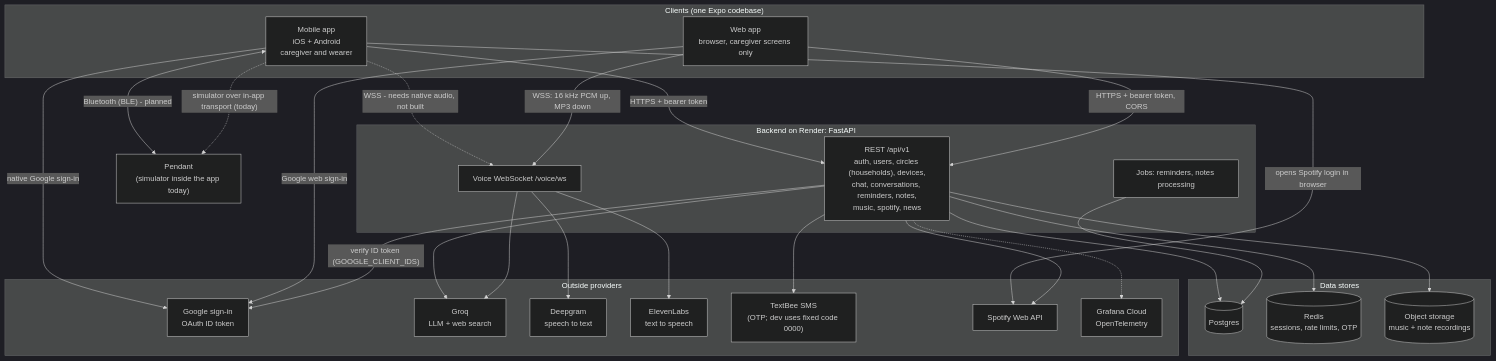
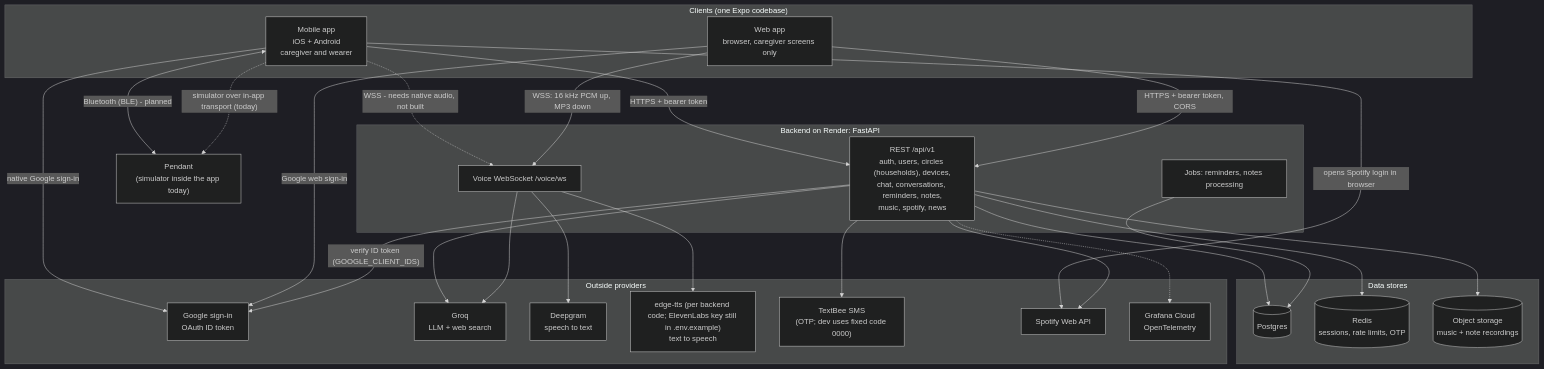
One commit to Svaraa-tech/Svaraa_Core changed the first of 7 diagrams in docs/development/ARCHITECTURE.md. Above: the diagram before and after it, drawn with Mermaid (dark theme). The commit also changed other lines of this file and 4 other files, not shown here.

````diff
--- a/docs/development/ARCHITECTURE.md
+++ b/docs/development/ARCHITECTURE.md
@@ -8,54 +8,54 @@
 ```mermaid
 flowchart TB
   subgraph Clients["Clients (one Expo codebase)"]
     MOB["Mobile app<br/>iOS + Android<br/>caregiver and wearer"]
     WEB["Web app<br/>browser, caregiver screens only"]
   end
 
   PEN["Pendant<br/>(simulator inside the app today)"]
 
   subgraph Render["Backend on Render: FastAPI"]
     REST["REST /api/v1<br/>auth, users, circles (households), devices,<br/>chat, conversations, reminders, notes,<br/>music, spotify, news"]
     WS["Voice WebSocket /voice/ws"]
     JOBS["Jobs: reminders, notes processing"]
   end
 
   subgraph Data["Data stores"]
     PG[("Postgres")]
     RD[("Redis<br/>sessions, rate limits, OTP")]
     ST[("Object storage<br/>music + note recordings")]
   end
 
   subgraph Providers["Outside providers"]
     GG["Google sign-in<br/>OAuth ID token"]
     LLM["Groq<br/>LLM + web search"]
     STT["Deepgram<br/>speech to text"]
-    TTS["ElevenLabs<br/>text to speech"]
+    TTS["edge-tts (per backend code; ElevenLabs key still in .env.example)<br/>text to speech"]
     SMS["TextBee SMS<br/>(OTP; dev uses fixed code 0000)"]
     SP["Spotify Web API"]
     OBS["Grafana Cloud<br/>OpenTelemetry"]
   end
 
   MOB -->|HTTPS + bearer token| REST
   WEB -->|HTTPS + bearer token, CORS| REST
   MOB -.->|"WSS - needs native audio, not built"| WS
   WEB -->|"WSS: 16 kHz PCM up, MP3 down"| WS
   MOB <-->|"Bluetooth (BLE) - planned"| PEN
   MOB -.->|"simulator over in-app transport (today)"| PEN
   MOB -->|native Google sign-in| GG
   WEB -->|Google web sign-in| GG
   MOB -->|"opens Spotify login in browser"| SP
 
   REST --> PG
   REST --> RD
   REST --> ST
   REST -->|"verify ID token (GOOGLE_CLIENT_IDS)"| GG
   REST --> LLM
   REST --> SP
   REST --> SMS
   WS --> STT
   WS --> LLM
   WS --> TTS
   JOBS --> PG
   REST -.-> OBS
 ```
````
